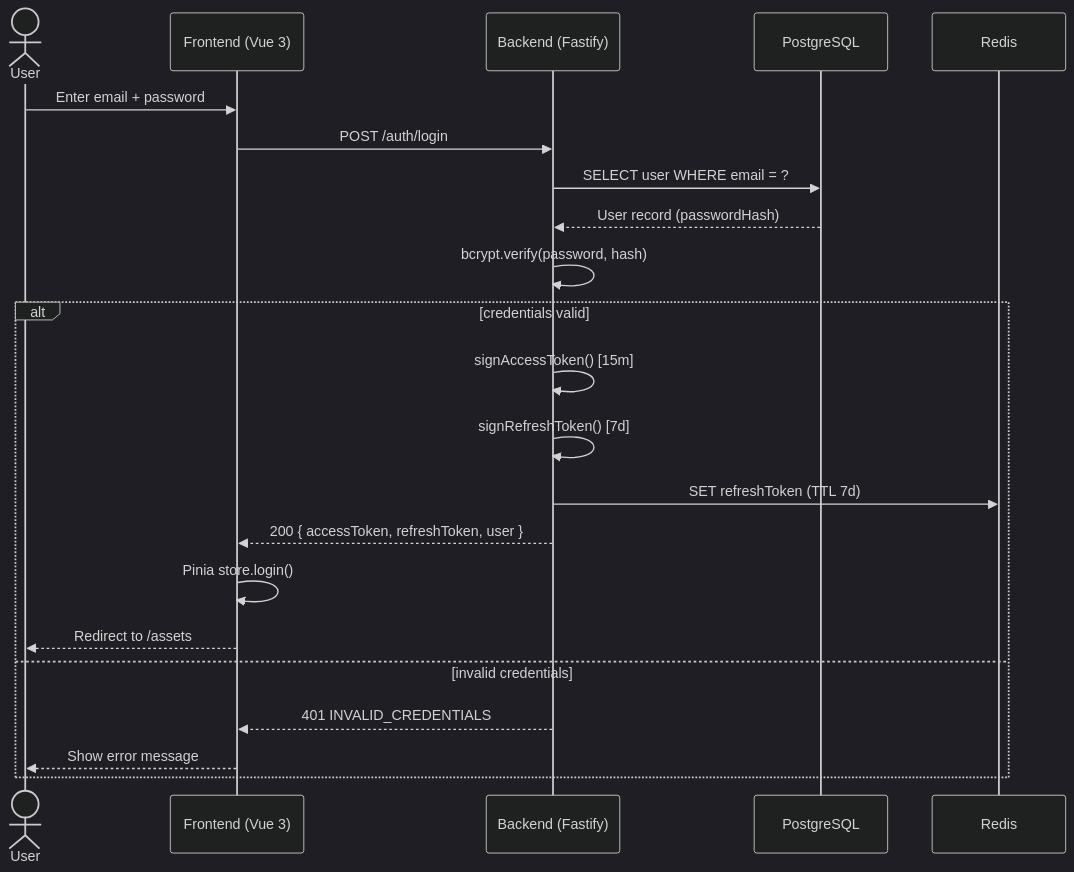
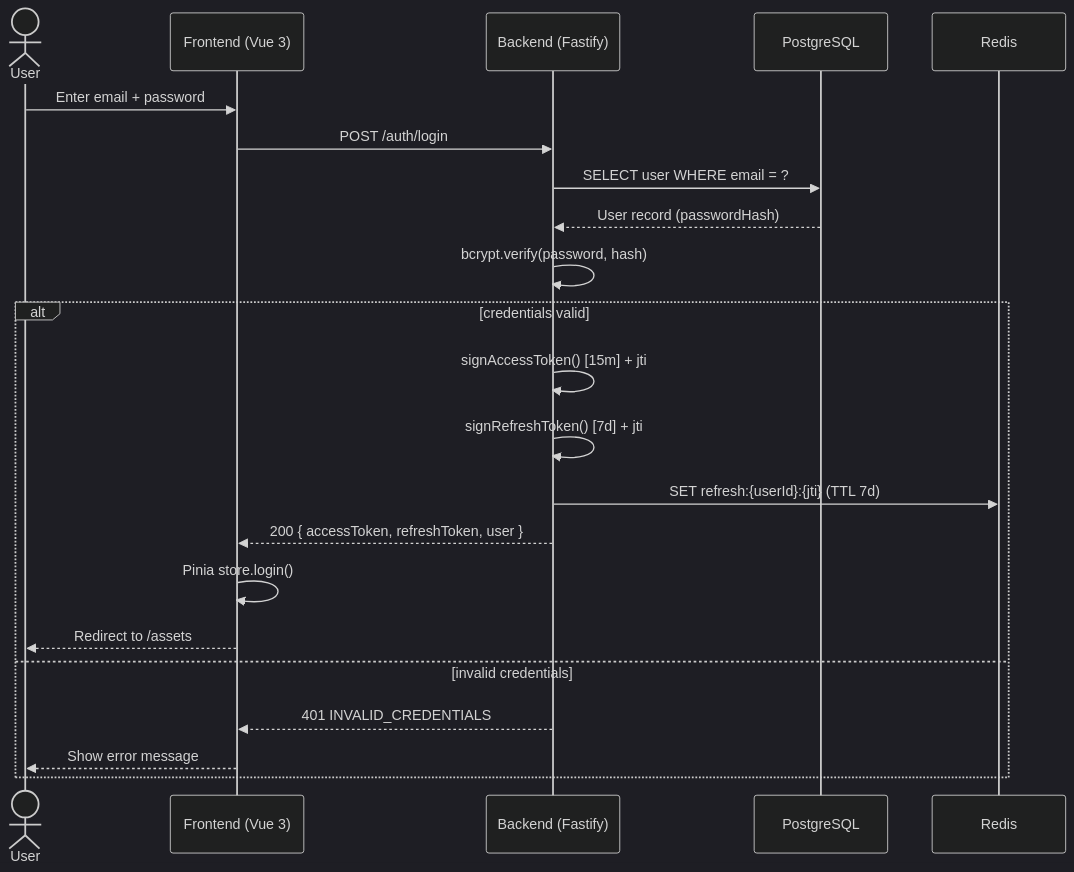
The first of 4 diagrams in docs/sequence-diagram.md (ryukyucoding/asset-management), drawn with Mermaid (dark theme) before and after one commit. The commit also changed 25 other files, not shown here.

````diff
--- a/docs/sequence-diagram.md
+++ b/docs/sequence-diagram.md
@@ -5,25 +5,25 @@
 ```mermaid
 sequenceDiagram
     actor U as User
     participant FE as Frontend (Vue 3)
     participant BE as Backend (Fastify)
     participant DB as PostgreSQL
     participant Cache as Redis
 
     U->>FE: Enter email + password
     FE->>BE: POST /auth/login
     BE->>DB: SELECT user WHERE email = ?
     DB-->>BE: User record (passwordHash)
     BE->>BE: bcrypt.verify(password, hash)
     alt credentials valid
-        BE->>BE: signAccessToken() [15m]
-        BE->>BE: signRefreshToken() [7d]
-        BE->>Cache: SET refreshToken (TTL 7d)
+        BE->>BE: signAccessToken() [15m] + jti
+        BE->>BE: signRefreshToken() [7d] + jti
+        BE->>Cache: SET refresh:{userId}:{jti} (TTL 7d)
         BE-->>FE: 200 { accessToken, refreshToken, user }
         FE->>FE: Pinia store.login()
         FE-->>U: Redirect to /assets
     else invalid credentials
         BE-->>FE: 401 INVALID_CREDENTIALS
         FE-->>U: Show error message
     end
 ```
````
